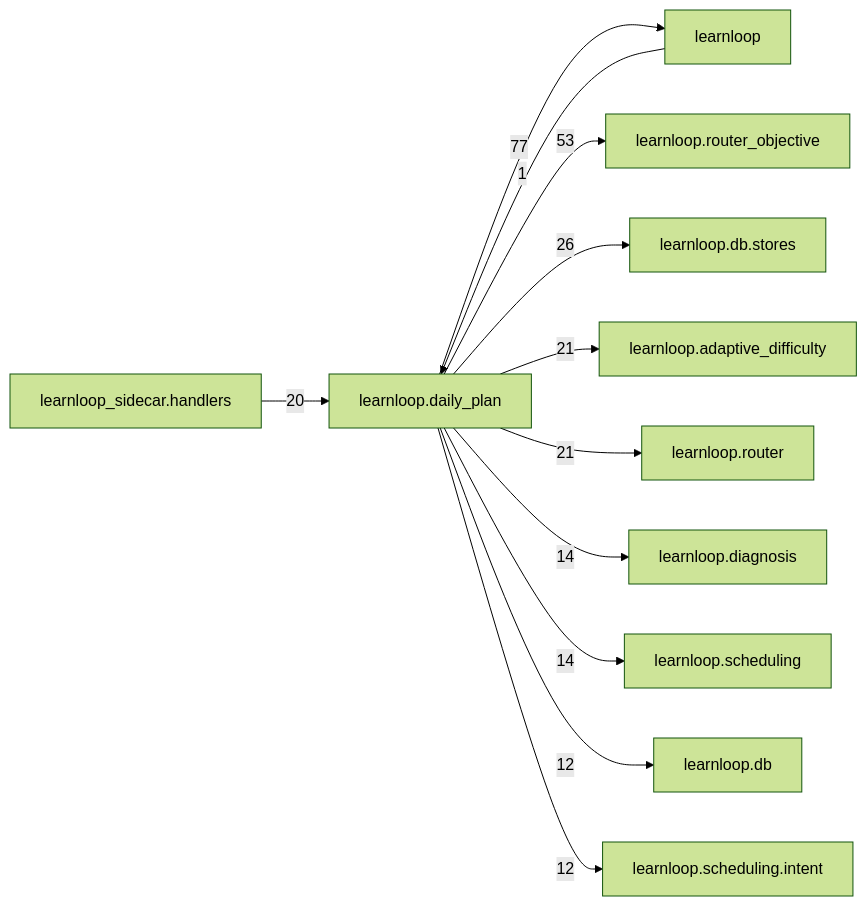
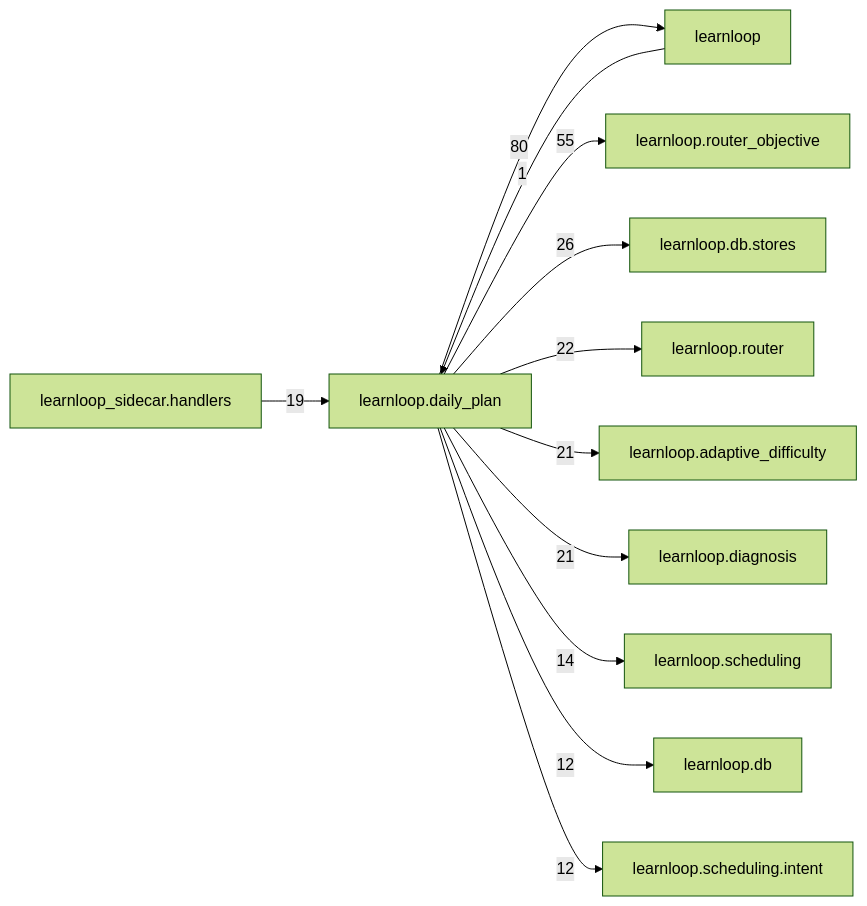
Before and after one commit to 6up-b/learnanything: the diagram in docs/learnloop-architecture-vault/Reference/Modules/learnloop/daily_plan/_package.md, drawn with Mermaid (forest theme). The commit also changed other lines of this file and 7 other files, not shown here.

````diff
--- a/docs/learnloop-architecture-vault/Reference/Modules/learnloop/daily_plan/_package.md
+++ b/docs/learnloop-architecture-vault/Reference/Modules/learnloop/daily_plan/_package.md
@@ -176,25 +178,25 @@
 ```mermaid
 flowchart LR
     center["learnloop.daily_plan"]
     n_learnloop["learnloop"]
     n_learnloop_router_objective["learnloop.router_objective"]
     n_learnloop_db_stores["learnloop.db.stores"]
+    n_learnloop_router["learnloop.router"]
     n_learnloop_adaptive_difficulty["learnloop.adaptive_difficulty"]
-    n_learnloop_router["learnloop.router"]
+    n_learnloop_diagnosis["learnloop.diagnosis"]
     n_learnloop_sidecar_handlers["learnloop_sidecar.handlers"]
-    n_learnloop_diagnosis["learnloop.diagnosis"]
     n_learnloop_scheduling["learnloop.scheduling"]
     n_learnloop_db["learnloop.db"]
     n_learnloop_scheduling_intent["learnloop.scheduling.intent"]
     n_learnloop -->|1| center
-    center -->|77| n_learnloop
-    center -->|53| n_learnloop_router_objective
+    center -->|80| n_learnloop
+    center -->|55| n_learnloop_router_objective
     center -->|26| n_learnloop_db_stores
+    center -->|22| n_learnloop_router
     center -->|21| n_learnloop_adaptive_difficulty
-    center -->|21| n_learnloop_router
-    n_learnloop_sidecar_handlers -->|20| center
-    center -->|14| n_learnloop_diagnosis
+    center -->|21| n_learnloop_diagnosis
+    n_learnloop_sidecar_handlers -->|19| center
     center -->|14| n_learnloop_scheduling
     center -->|12| n_learnloop_db
     center -->|12| n_learnloop_scheduling_intent
 ```
````
